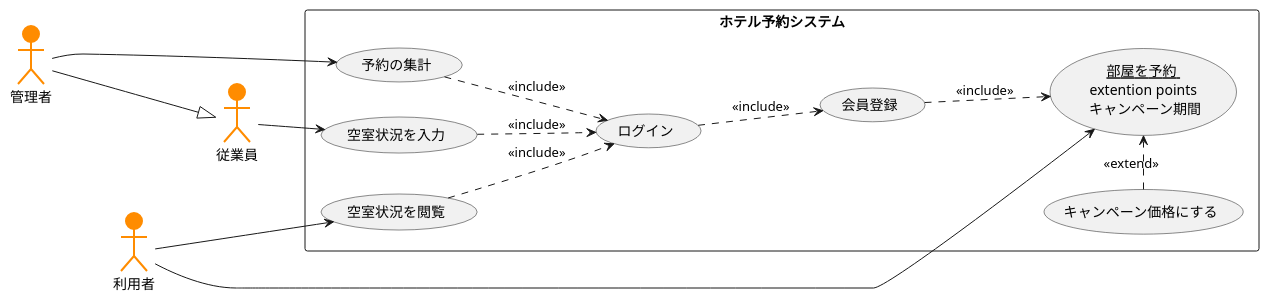
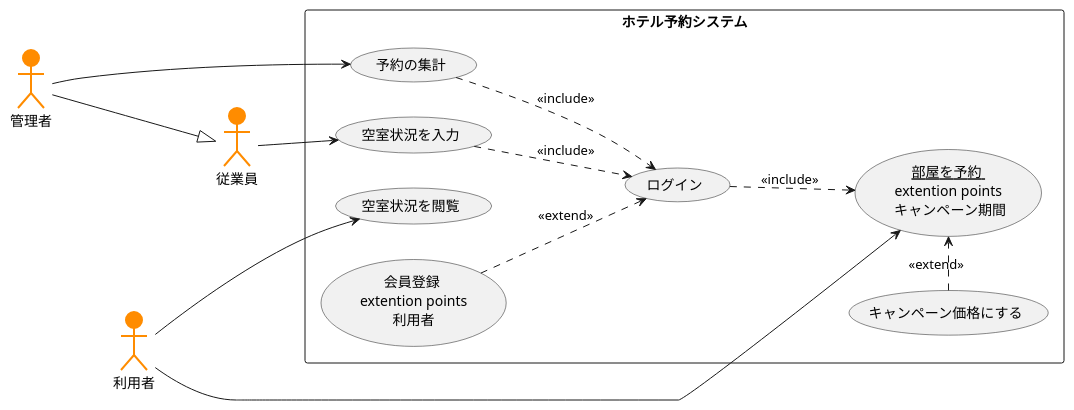
Before and after one commit to isikawayuto/uml-introduction: the diagram in 演習2-8_UC_ホテル予約システム.pu, drawn with PlantUML.

Commit message:
演習2-8

```diff
--- a/演習2-8_UC_ホテル予約システム.pu
+++ b/演習2-8_UC_ホテル予約システム.pu
@@ -1,26 +1,25 @@
 @startuml ユースケース図
 left to right direction
 actor 利用者 #ff8c00;line:Darkorange;line.bold;
 actor 従業員 #ff8c00;line:Darkorange;line.bold;
 actor 管理者 #ff8c00;line:Darkorange;line.bold;
 rectangle ホテル予約システム{
 usecase 空室状況を閲覧
 usecase (<u>部屋を予約<u> \n extention points \n キャンペーン期間) as input
 usecase 空室状況を入力
 usecase 予約の集計
-usecase 会員登録
+usecase (会員登録 \n extention points \n利用者) as regist
 usecase ログイン
 usecase キャンペーン価格にする
 }
 キャンペーン価格にする .> input: <<extend>>
 利用者 ---> input
 利用者 ---> 空室状況を閲覧
-空室状況を閲覧 ..> ログイン: <<include>>
 従業員 --> 空室状況を入力
 空室状況を入力 ..> ログイン: <<include>>
-ログイン ..> 会員登録: <<include>>
+regist ..> ログイン: <<extend>>
 管理者 -> 予約の集計
 予約の集計 ..> ログイン: <<include>>
-会員登録 ..> input: <<include>>
+ログイン ..> input: <<include>>
 管理者 ---|> 従業員
 @enduml
```
